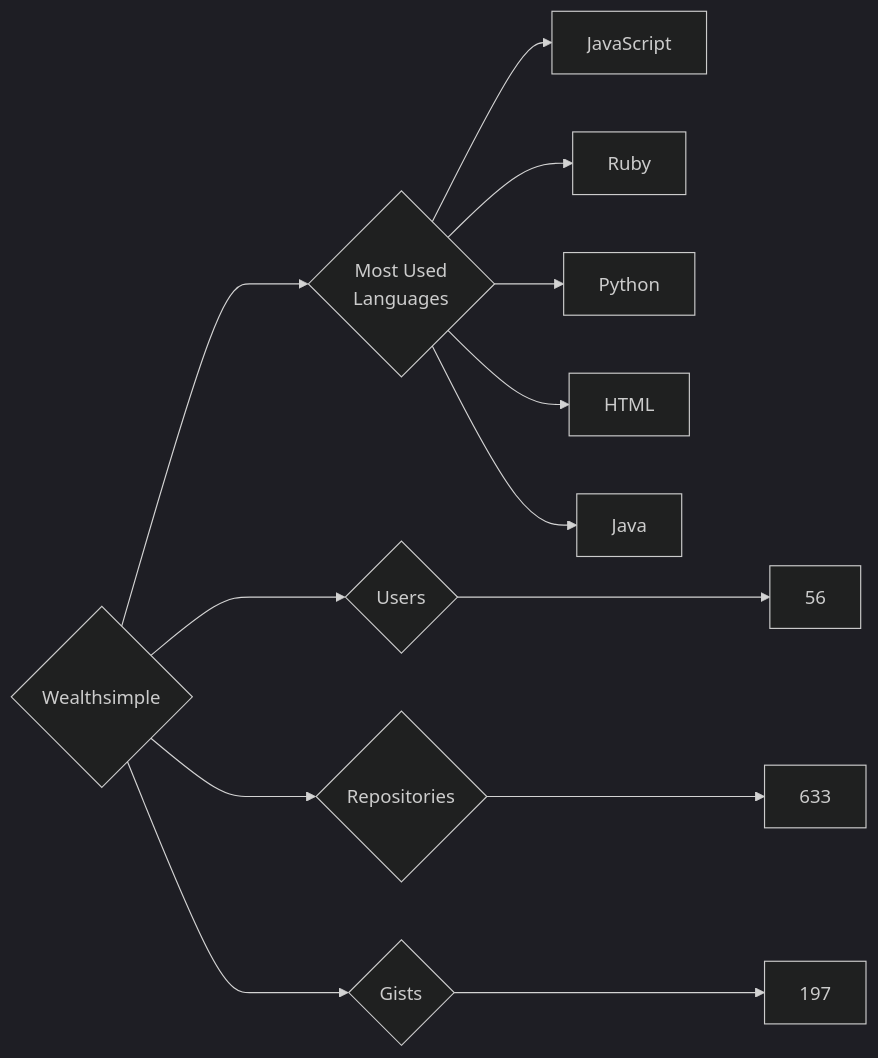
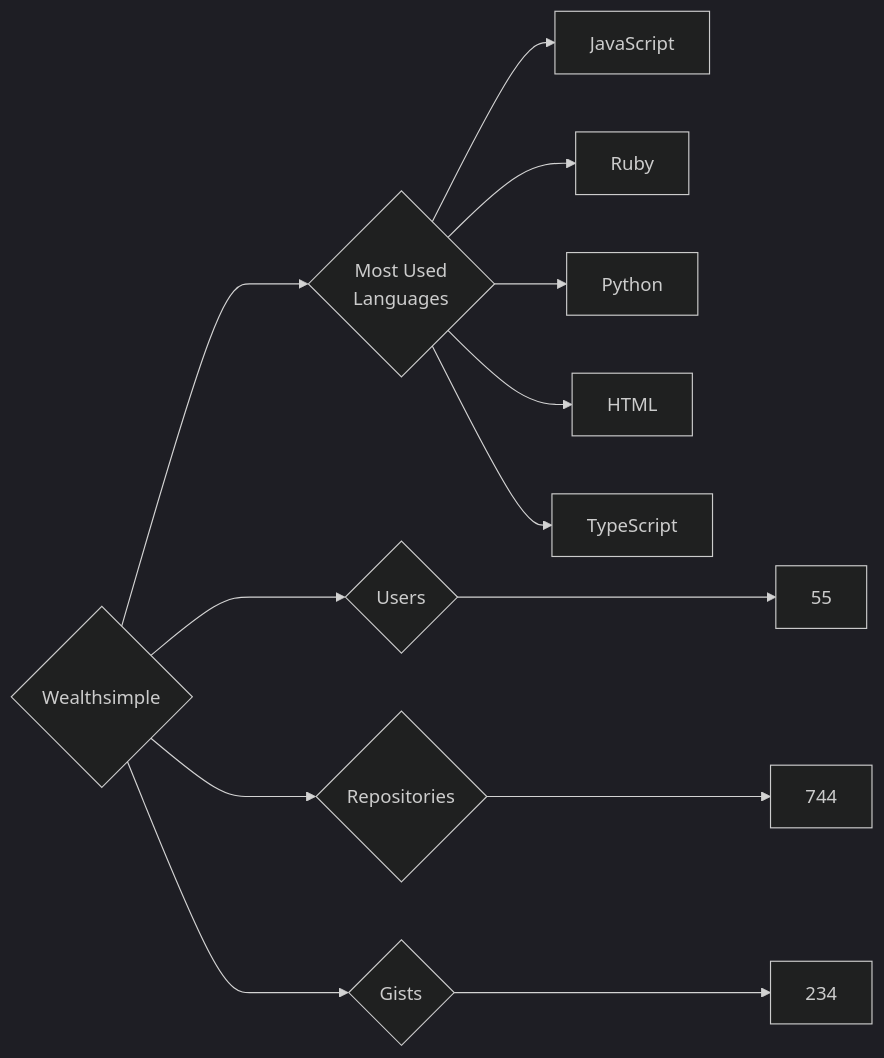
The diagram in targets/Wealthsimple/README.md (trickest/insiders), drawn with Mermaid (dark theme) before and after one commit. The commit also changed 948 other files, not shown here.

````diff
--- a/targets/Wealthsimple/README.md
+++ b/targets/Wealthsimple/README.md
@@ -3,13 +3,13 @@
 ```mermaid
 graph LR
 COMPANY_NAME{Wealthsimple}
-COMPANY_NAME ---> U{Users} ---> UN[56]
-COMPANY_NAME ---> R{Repositories} ---> RN[633]
-COMPANY_NAME ---> G{Gists} ---> GN[197]
+COMPANY_NAME ---> U{Users} ---> UN[55]
+COMPANY_NAME ---> R{Repositories} ---> RN[744]
+COMPANY_NAME ---> G{Gists} ---> GN[234]
 COMPANY_NAME ---> ML{Most Used<br>Languages}
 ML --> JavaScript[JavaScript]
 ML --> Ruby[Ruby]
 ML --> Python[Python]
 ML --> HTML[HTML]
-ML --> Java[Java]
+ML --> TypeScript[TypeScript]
 ```
````
